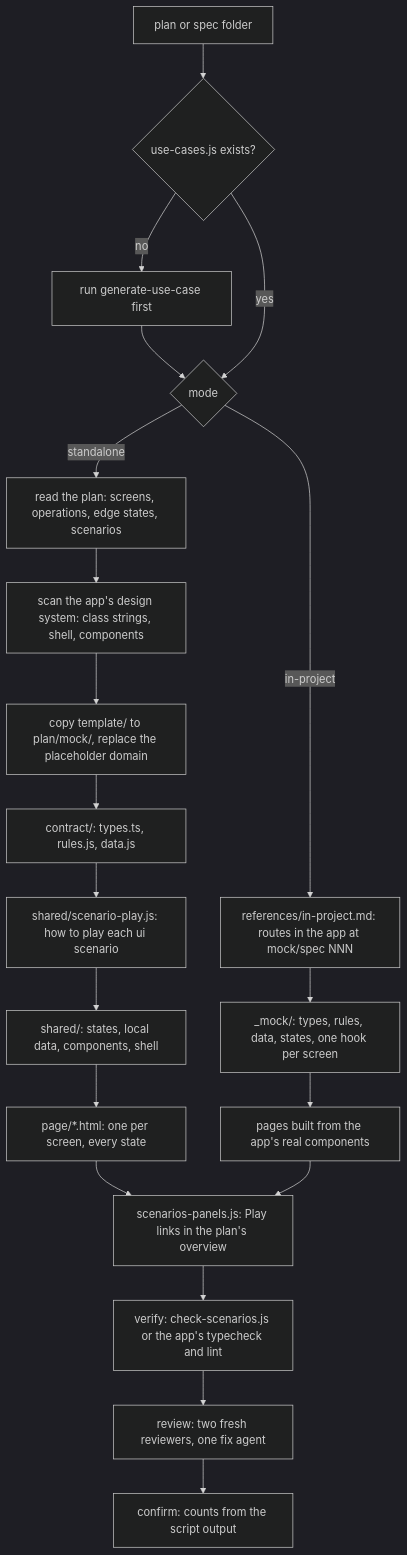
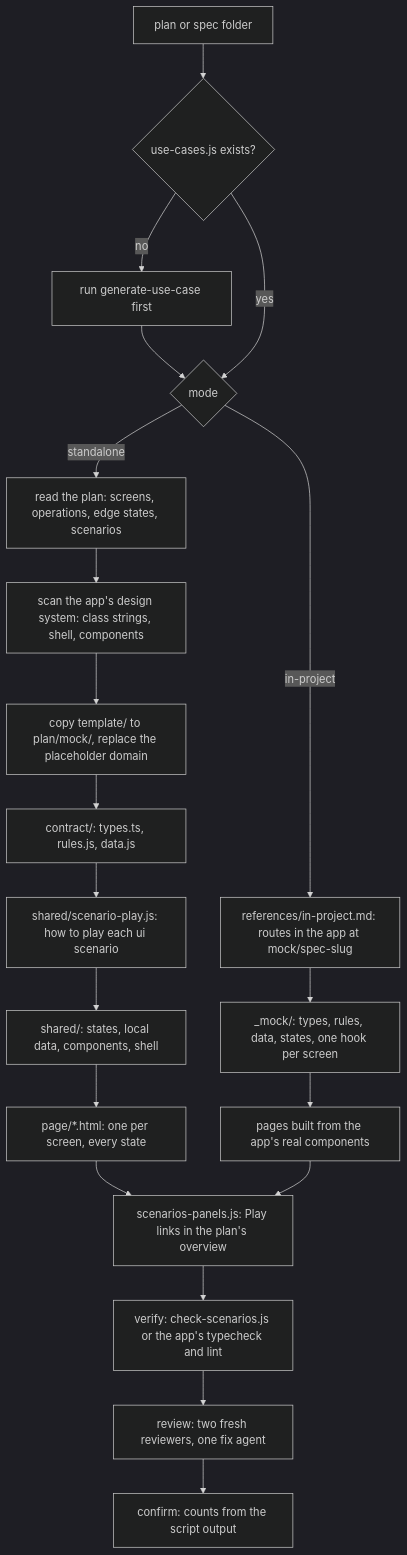
The first of 4 diagrams in plugins/naphatwx-tools/skills/generate-mock-ui/README.md (naphatwx/naphatwx-tools), drawn with Mermaid (dark theme) before and after one commit. The commit also changed other lines of this file and 31 other files, not shown here.

````diff
--- a/plugins/naphatwx-tools/skills/generate-mock-ui/README.md
+++ b/plugins/naphatwx-tools/skills/generate-mock-ui/README.md
@@ -24,22 +24,22 @@
 ```mermaid
 graph TD
     IN["plan or spec folder"] --> UC{"use-cases.js exists?"}
     UC -->|no| GU[run generate-use-case first]
     GU --> MODE
     UC -->|yes| MODE{mode}
     MODE -->|standalone| S1[read the plan: screens, operations, edge states, scenarios]
     S1 --> S2[scan the app's design system: class strings, shell, components]
     S2 --> S3["copy template/ to plan/mock/, replace the placeholder domain"]
     S3 --> S4["contract/: types.ts, rules.js, data.js"]
     S4 --> S5["shared/scenario-play.js: how to play each ui scenario"]
     S5 --> S6["shared/: states, local data, components, shell"]
     S6 --> S7["page/*.html: one per screen, every state"]
-    MODE -->|in-project| P1["references/in-project.md: routes in the app at mock/spec NNN"]
+    MODE -->|in-project| P1["references/in-project.md: routes in the app at mock/spec-slug"]
     P1 --> P2["_mock/: types, rules, data, states, one hook per screen"]
     P2 --> P3[pages built from the app's real components]
     S7 --> LINK[scenarios-panels.js: Play links in the plan's overview]
     P3 --> LINK
     LINK --> V[verify: check-scenarios.js or the app's typecheck and lint]
     V --> R[review: two fresh reviewers, one fix agent]
     R --> C[confirm: counts from the script output]
 ```
````
